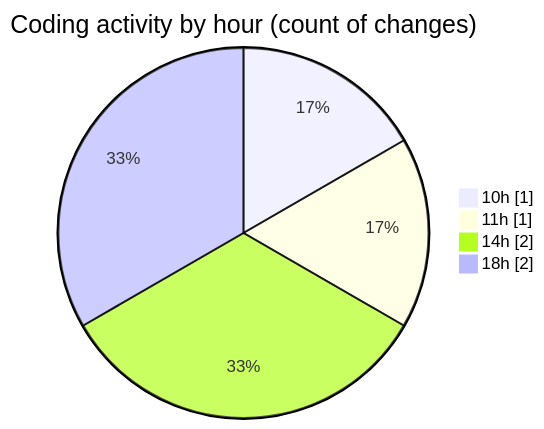
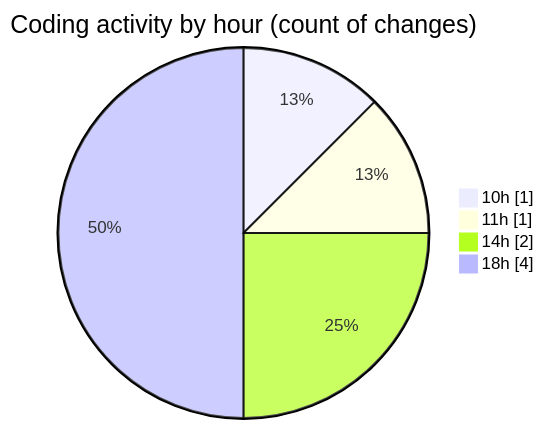
Before and after one commit to nxtqubesakshisongat/code-tracking: the second of 2 diagrams in 2026-02-17/nxtqube_webapp/README.md, drawn with Mermaid. The commit also changed other lines of this file and 1 other file, not shown here.

````diff
--- a/2026-02-17/nxtqube_webapp/README.md
+++ b/2026-02-17/nxtqube_webapp/README.md
@@ -30,8 +32,8 @@
 ```mermaid
 pie showData
 title Coding activity by hour (count of changes)
 "10h" : 1
 "11h" : 1
 "14h" : 2
-"18h" : 2
+"18h" : 4
 ```
````
